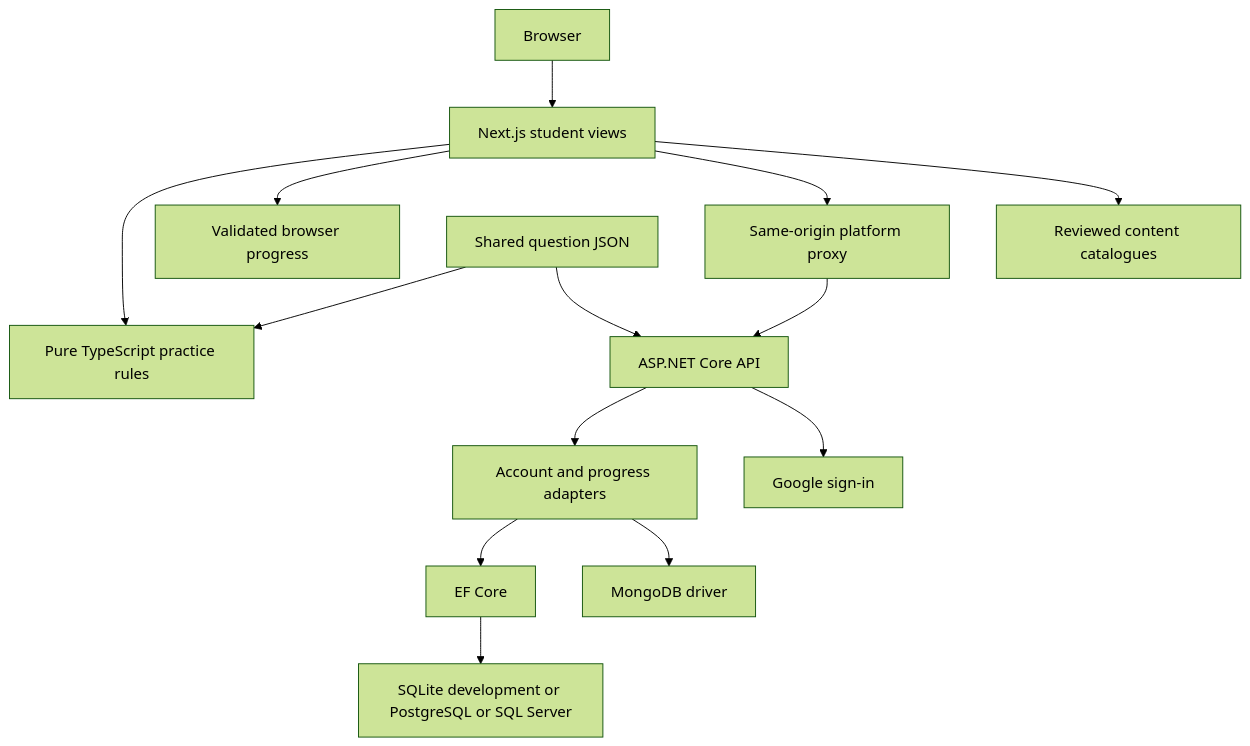
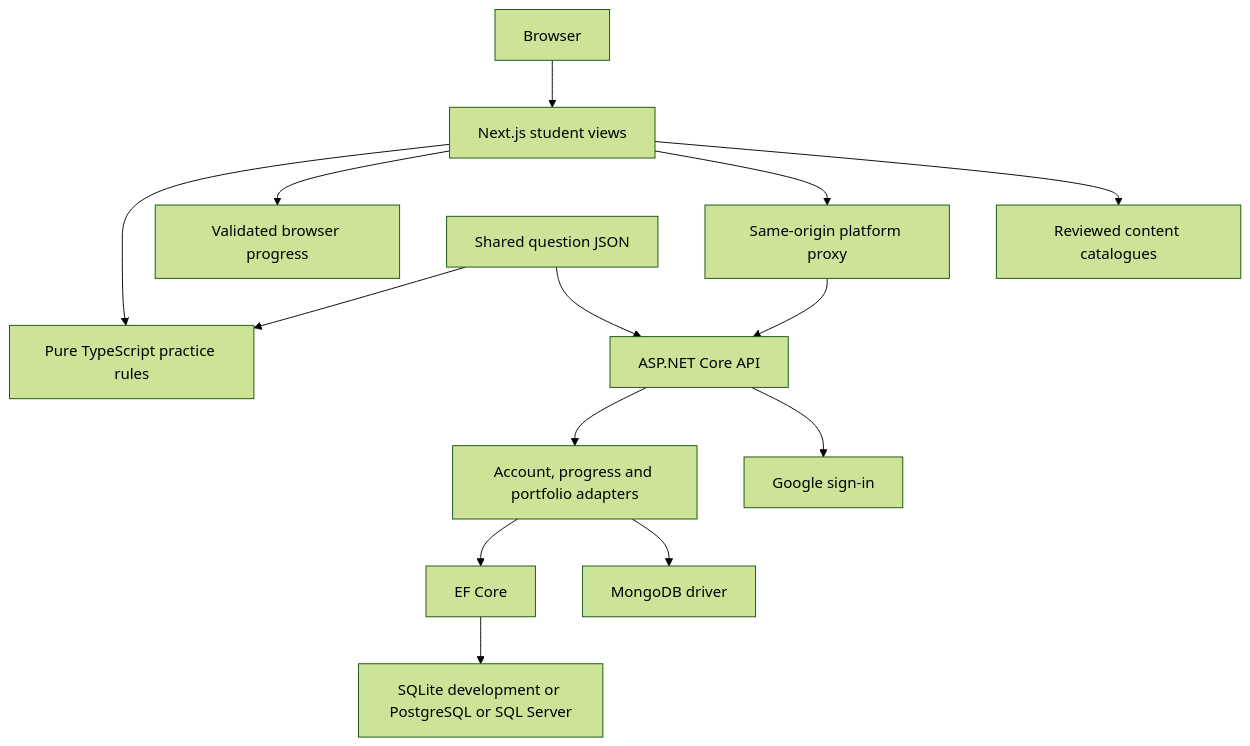
One commit to Coding-Professional/procoderji changed the diagram in docs/architecture.md. Above: the diagram before and after it, drawn with Mermaid (forest theme). The commit also changed other lines of this file and 72 other files, not shown here.

````diff
--- a/docs/architecture.md
+++ b/docs/architecture.md
@@ -9,16 +9,16 @@
 ```mermaid
 flowchart TD
   Browser --> Frontend[Next.js student views]
   Frontend --> Practice[Pure TypeScript practice rules]
   Frontend --> Local[Validated browser progress]
   Frontend --> BFF[Same-origin platform proxy]
   BFF --> API[ASP.NET Core API]
-  API --> Stores[Account and progress adapters]
+  API --> Stores[Account, progress and portfolio adapters]
   Stores --> EF[EF Core]
   EF --> Database[SQLite development or PostgreSQL or SQL Server]
   Stores --> Mongo[MongoDB driver]
   API --> Google[Google sign-in]
   Questions[Shared question JSON] --> Practice
   Questions --> API
   Frontend --> Content[Reviewed content catalogues]
 ```
````
